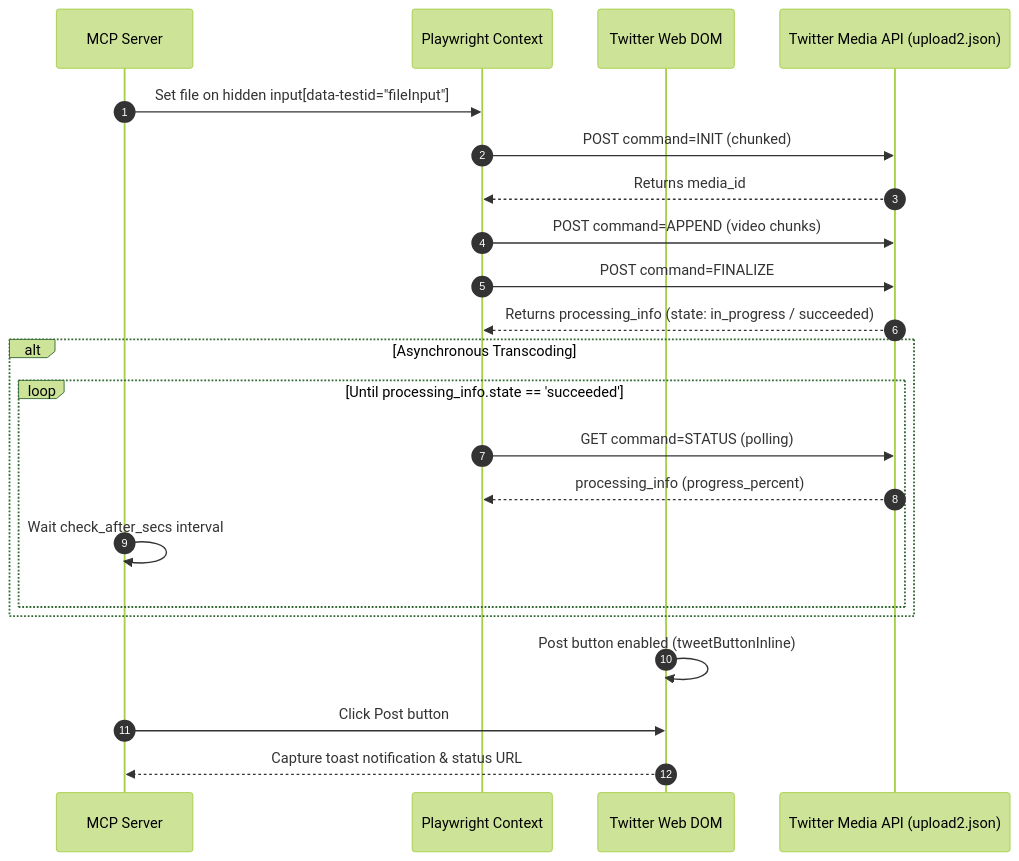
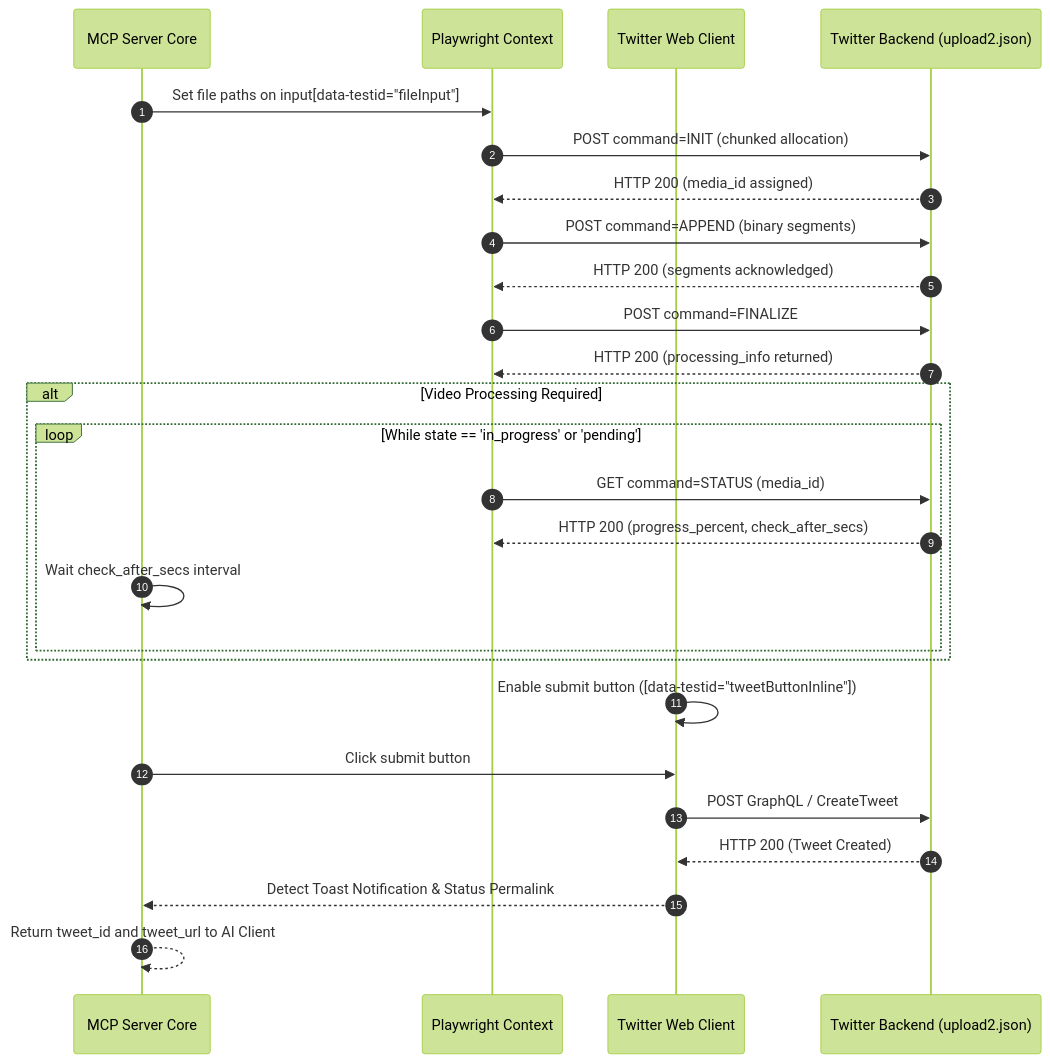
Before and after one commit to sparsh101sparsh/twitter-browser-mcp: the second of 2 diagrams in README.md, drawn with Mermaid (forest theme). The commit also changed other lines of this file, not shown here.

Commit message:
docs: expand README with comprehensive setup guides, full tool schemas, troubleshooting, and professional formatting without emojis

````diff
--- a/README.md
+++ b/README.md
@@ -90,27 +83,31 @@
 ```mermaid
 sequenceDiagram
     autonumber
-    participant Agent as MCP Server
+    participant Server as MCP Server Core
     participant Browser as Playwright Context
-    participant Web as Twitter Web DOM
-    participant Backend as Twitter Media API (upload2.json)
+    participant DOM as Twitter Web Client
+    participant API as Twitter Backend (upload2.json)
 
-    Agent->>Browser: Set file on hidden input[data-testid="fileInput"]
-    Browser->>Backend: POST command=INIT (chunked)
-    Backend-->>Browser: Returns media_id
-    Browser->>Backend: POST command=APPEND (video chunks)
-    Browser->>Backend: POST command=FINALIZE
-    Backend-->>Browser: Returns processing_info (state: in_progress / succeeded)
-    
-    alt Asynchronous Transcoding
-        loop Until processing_info.state == 'succeeded'
-            Browser->>Backend: GET command=STATUS (polling)
-            Backend-->>Browser: processing_info (progress_percent)
-            Agent->>Agent: Wait check_after_secs interval
+    Server->>Browser: Set file paths on input[data-testid="fileInput"]
+    Browser->>API: POST command=INIT (chunked allocation)
+    API-->>Browser: HTTP 200 (media_id assigned)
+    Browser->>API: POST command=APPEND (binary segments)
+    API-->>Browser: HTTP 200 (segments acknowledged)
+    Browser->>API: POST command=FINALIZE
+    API-->>Browser: HTTP 200 (processing_info returned)
+
+    alt Video Processing Required
+        loop While state == 'in_progress' or 'pending'
+            Browser->>API: GET command=STATUS (media_id)
+            API-->>Browser: HTTP 200 (progress_percent, check_after_secs)
+            Server->>Server: Wait check_after_secs interval
         end
     end
 
-    Web->>Web: Post button enabled (tweetButtonInline)
-    Agent->>Web: Click Post button
-    Web-->>Agent: Capture toast notification & status URL
+    DOM->>DOM: Enable submit button ([data-testid="tweetButtonInline"])
+    Server->>DOM: Click submit button
+    DOM->>API: POST GraphQL / CreateTweet
+    API-->>DOM: HTTP 200 (Tweet Created)
+    DOM-->>Server: Detect Toast Notification & Status Permalink
+    Server-->>Server: Return tweet_id and tweet_url to AI Client
 ```
````
